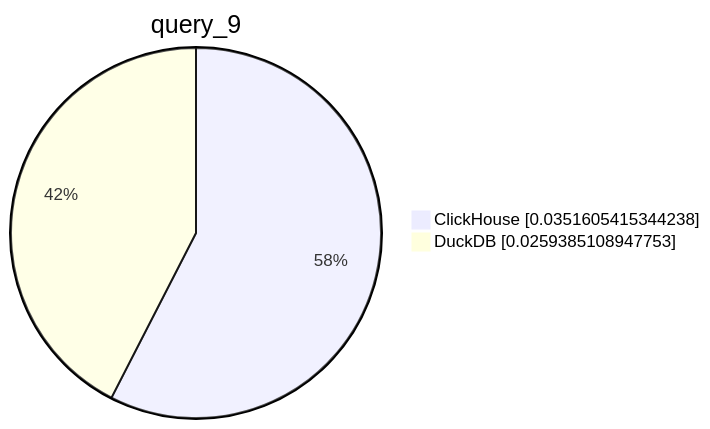
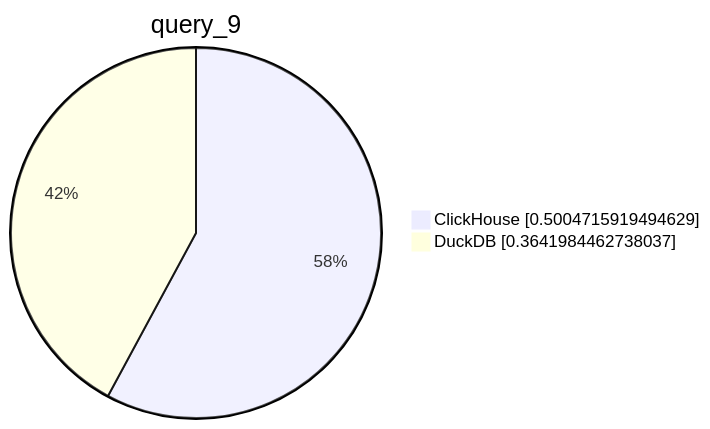
Before and after one commit to Altinity/clickhouse-regression: the tenth of 10 diagrams in parquet/performance/performance_reports/results.md, drawn with Mermaid. The commit also changed other lines of this file and 1 other file, not shown here.

````diff
--- a/parquet/performance/performance_reports/results.md
+++ b/parquet/performance/performance_reports/results.md
@@ -76,6 +76,6 @@
 ```mermaid
      pie showData
          title query_9
-         "ClickHouse" : 0.0351605415344238
-         "DuckDB" : 0.0259385108947753
+         "ClickHouse" : 0.5004715919494629
+         "DuckDB" : 0.3641984462738037
 ```
````
